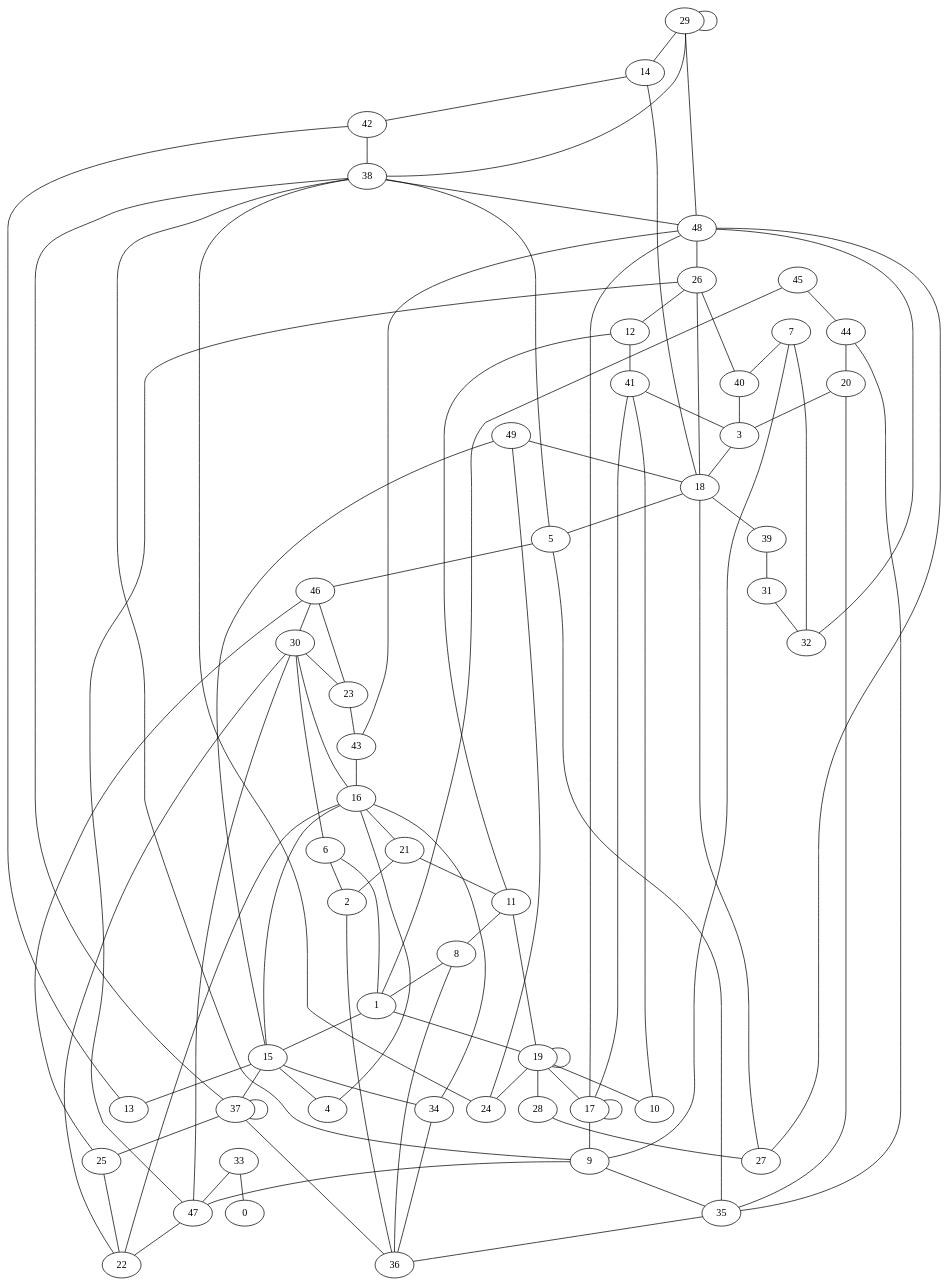
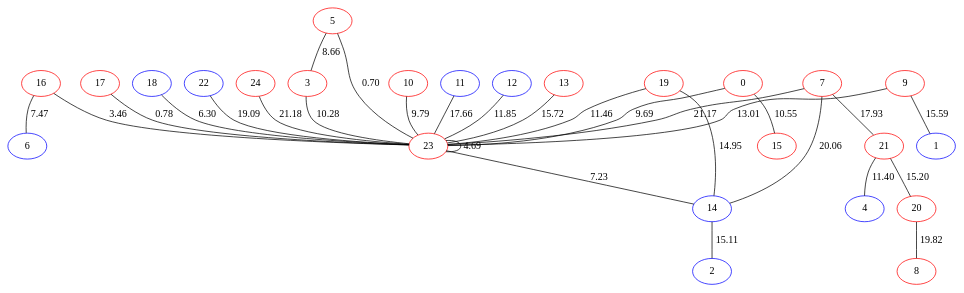
One commit to Aura9111/SteinerBA changed the diagram in example/graph.dot. Above: the diagram before and after it, drawn with Graphviz. The commit also changed 6 other files, not shown here.

```diff
--- a/example/graph.dot
+++ b/example/graph.dot
@@ -1,99 +1,30 @@
 graph {
-29--14
-26--40
-41--3
-26--47
-4--16
-16--30
-16--34
-8--36
-12--11
-42--38
-49--24
-35--5
-22--30
-7--9
-34--36
-21--2
-29--29
-19--19
-16--22
-16--21
-44--35
-19--10
-49--18
-38--48
-47--22
-19--17
-15--4
-19--11
-49--15
-41--10
-41--17
-20--3
-8--1
-37--36
-37--38
-18--27
-37--37
-20--35
-14--42
-17--17
-28--27
-39--31
-43--16
-29--48
-35--36
-37--25
-40--3
-26--12
-21--11
-33--47
-18--39
-26--18
-15--16
-15--13
-30--23
-17--9
-6--1
-9--35
-45--1
-6--2
-9--38
-48--26
-48--27
-31--32
-3--18
-45--44
-46--23
-7--32
-48--17
-18--14
-46--25
-11--8
-1--15
-46--30
-15--37
-15--34
-43--48
-1--19
-13--42
-18--5
-12--41
-7--40
-23--43
-33--0
-5--46
-47--30
-19--28
-19--24
-32--48
-2--36
-9--47
-25--22
-44--20
-38--24
-38--5
-30--6
-38--29
+22[color=blue]23[color=red]24[color=red]10[color=red]11[color=blue]12[color=blue]13[color=red]14[color=blue]15[color=red]16[color=red]17[color=red]18[color=blue]19[color=red]0[color=red]1[color=blue]2[color=blue]3[color=red]4[color=blue]5[color=red]6[color=blue]7[color=red]8[color=red]9[color=red]20[color=red]21[color=red]13--23[label=15.72]
+7--23[label=21.17]
+21--20[label=15.20]
+14--2[label=15.11]
+22--23[label=19.09]
+7--21[label=17.93]
+0--15[label=10.55]
+20--8[label=19.82]
+18--23[label=6.30]
+23--23[label=4.69]
+5--23[label=0.70]
+10--23[label=9.79]
+16--6[label=7.47]
+19--23[label=11.46]
+9--23[label=13.01]
+9--1[label=15.59]
+21--4[label=11.40]
+11--23[label=17.66]
+5--3[label=8.66]
+7--14[label=20.06]
+24--23[label=21.18]
+0--23[label=9.69]
+16--23[label=3.46]
+12--23[label=11.85]
+23--14[label=7.23]
+3--23[label=10.28]
+17--23[label=0.78]
+19--14[label=14.95]
 }
```
